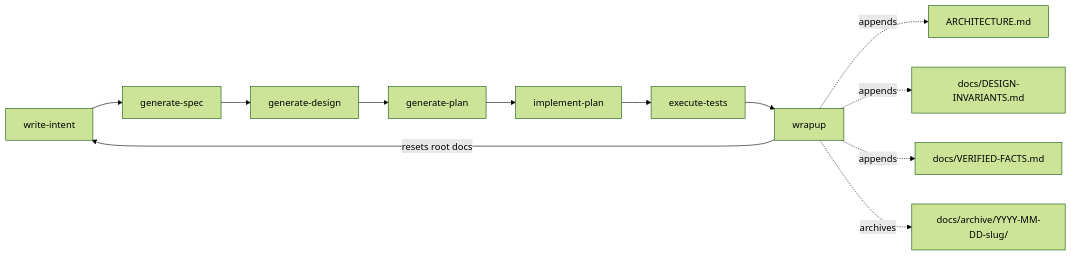
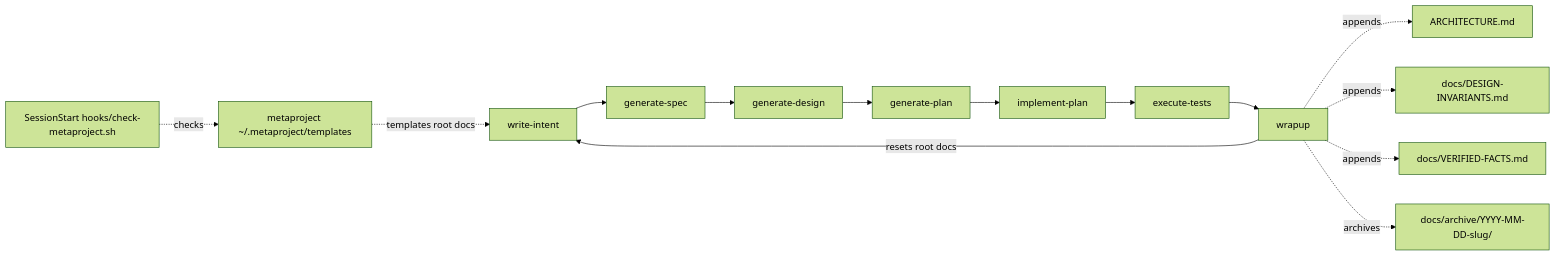
Before and after one commit to jfricker/metaproject: the diagram in ARCHITECTURE.md, drawn with Mermaid (forest theme). The commit also changed other lines of this file and 6 other files, not shown here.

````diff
--- a/ARCHITECTURE.md
+++ b/ARCHITECTURE.md
@@ -18,15 +26,18 @@
 ```mermaid
 flowchart LR
     WI[write-intent] --> GS[generate-spec]
     GS --> GD[generate-design]
     GD --> GP[generate-plan]
     GP --> IP[implement-plan]
     IP --> ET[execute-tests]
     ET --> WU[wrapup]
     WU -->|resets root docs| WI
 
     WU -.appends.-> ARCH[ARCHITECTURE.md]
     WU -.appends.-> DI[docs/DESIGN-INVARIANTS.md]
     WU -.appends.-> VF[docs/VERIFIED-FACTS.md]
     WU -.archives.-> DA[docs/archive/YYYY-MM-DD-slug/]
+
+    MP[metaproject ~/.metaproject/templates] -.templates root docs.-> WI
+    HOOK[SessionStart hooks/check-metaproject.sh] -.checks.-> MP
 ```
````
